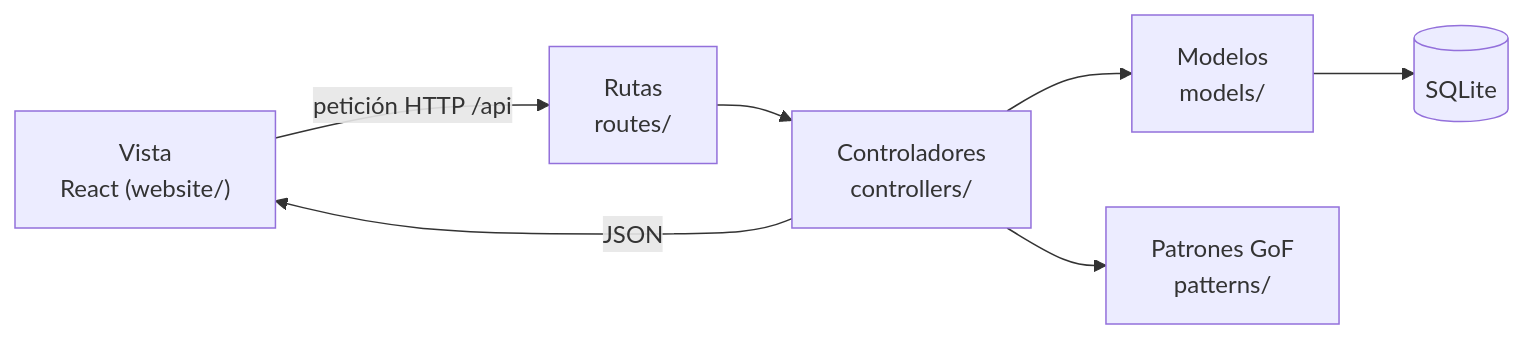
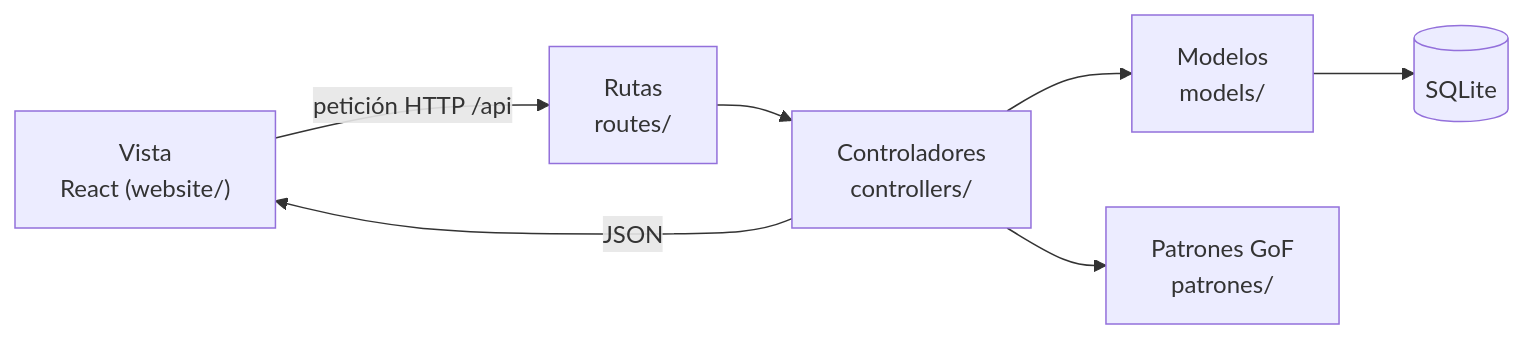
Before and after one commit to Hyldia/PYO3_plataforma_NailStudio: the diagram in README.md, drawn with Mermaid. The commit also changed other lines of this file and 187 other files, not shown here.

````diff
--- a/README.md
+++ b/README.md
@@ -73,9 +169,9 @@
 ```mermaid
 flowchart LR
   V["Vista<br/>React (website/)"] -- "petición HTTP /api" --> R["Rutas<br/>routes/"]
   R --> C["Controladores<br/>controllers/"]
   C --> M["Modelos<br/>models/"]
-  C --> P["Patrones GoF<br/>patterns/"]
+  C --> P["Patrones GoF<br/>patrones/"]
   M --> DB[("SQLite")]
   C -- "JSON" --> V
 ```
````
